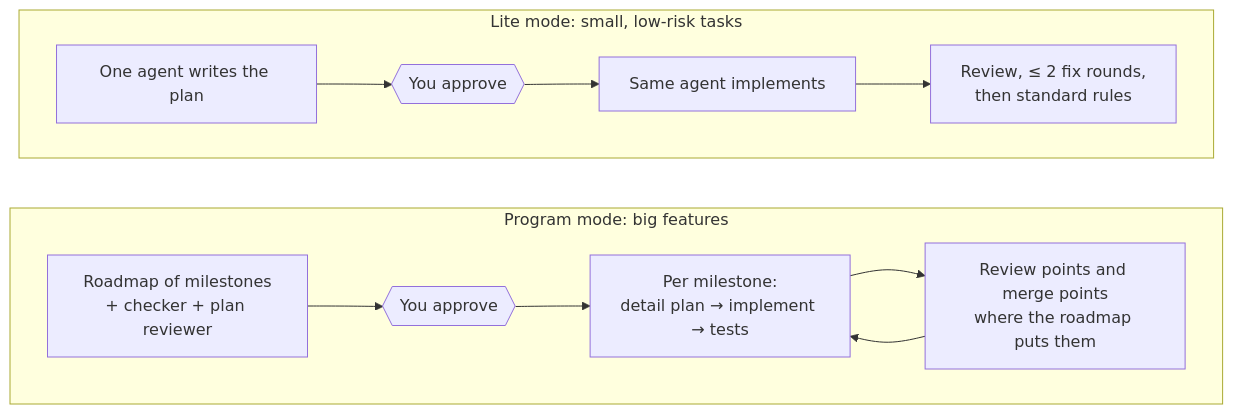
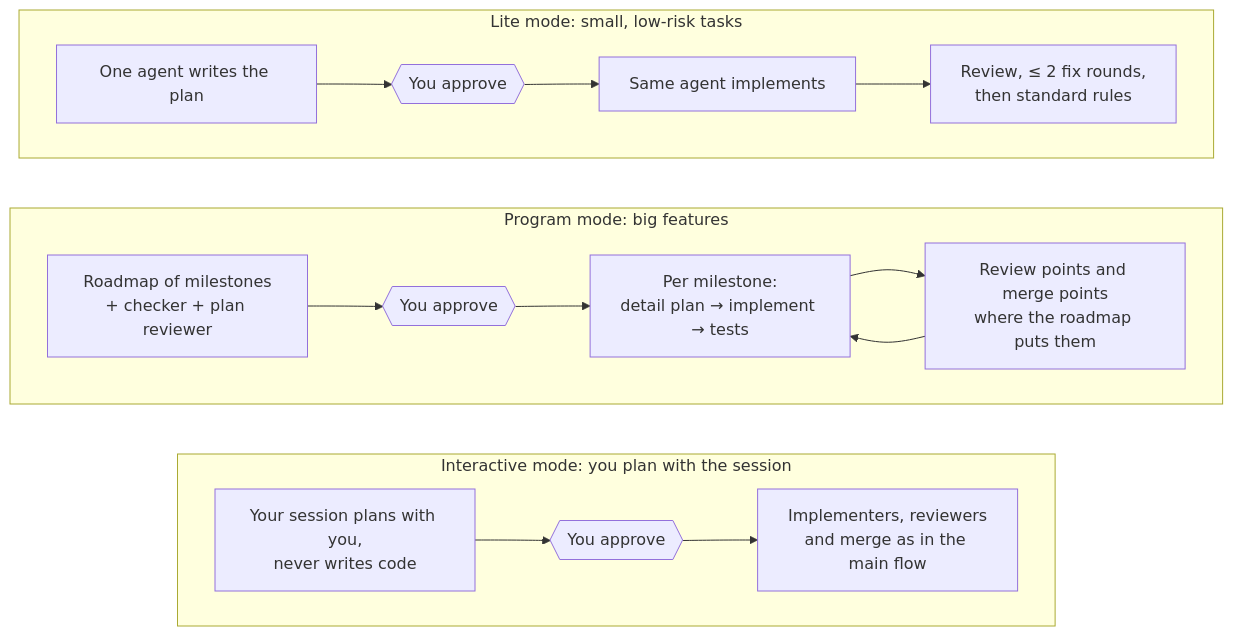
One commit to ijat/orch changed the sixth of 6 diagrams in README.md. Above: the diagram before and after it, drawn with Mermaid. The commit also changed other lines of this file and 7 other files, not shown here.

First line of the commit message:
Interactive mode: the session plans with the user, subagents implement

````diff
--- a/README.md
+++ b/README.md
@@ -256,14 +256,18 @@
 ```mermaid
 flowchart TB
     subgraph Lite["Lite mode: small, low-risk tasks"]
         direction LR
         L1[One agent writes the plan] --> L2{{You approve}} --> L3[Same agent implements] --> L4[Review, ≤ 2 fix rounds,<br/>then standard rules]
     end
     subgraph Program["Program mode: big features"]
         direction LR
         P1[Roadmap of milestones<br/>+ checker + plan reviewer] --> P2{{You approve}} --> P3[Per milestone:<br/>detail plan → implement → tests]
         P3 --> P4[Review points and merge points<br/>where the roadmap puts them]
         P4 --> P3
     end
-    Lite ~~~ Program
+    subgraph Interactive["Interactive mode: you plan with the session"]
+        direction LR
+        I1[Your session plans with you,<br/>never writes code] --> I2{{You approve}} --> I3[Implementers, reviewers<br/>and merge as in the main flow]
+    end
+    Lite ~~~ Program ~~~ Interactive
 ```
````
